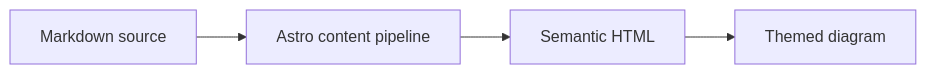
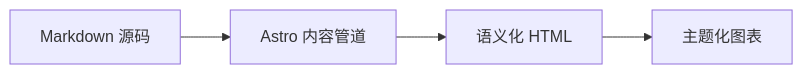
Before and after one commit to Dawn6666666/Shirone: the diagram in src/content/posts/markdown-extended.md, drawn with Mermaid. The commit also changed other lines of this file and 28 other files, not shown here.

````diff
--- a/src/content/posts/markdown-extended.md
+++ b/src/content/posts/markdown-extended.md
@@ -27,8 +29,8 @@
 ```mermaid
 flowchart LR
-    accTitle: Markdown rendering pipeline
-    accDescr: Markdown source is transformed into semantic HTML and then enhanced as a themed SVG diagram.
-    A[Markdown source] --> B[Astro content pipeline]
-    B --> C[Semantic HTML]
-    C --> D[Themed diagram]
+    accTitle: Markdown 渲染管道
+    accDescr: Markdown 源码转换为语义化 HTML 并进一步增强为主题化 SVG 图表。
+    A[Markdown 源码] --> B[Astro 内容管道]
+    B --> C[语义化 HTML]
+    C --> D[主题化图表]
 ```
````
